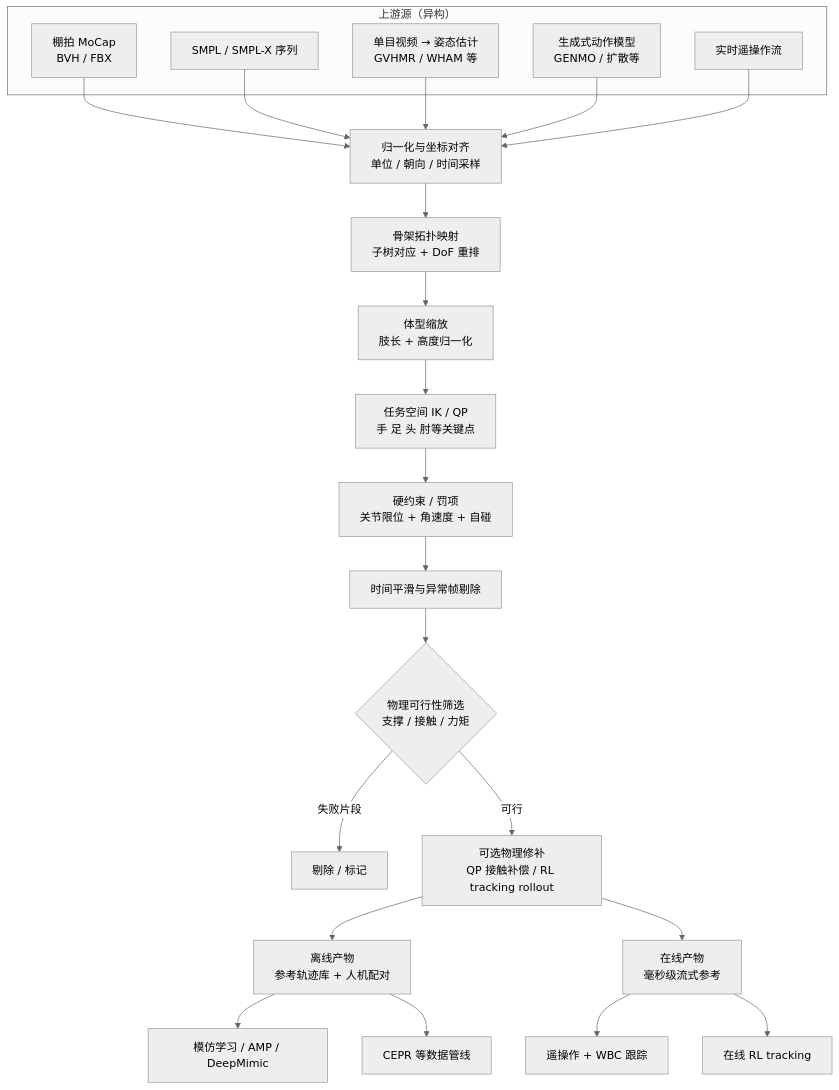
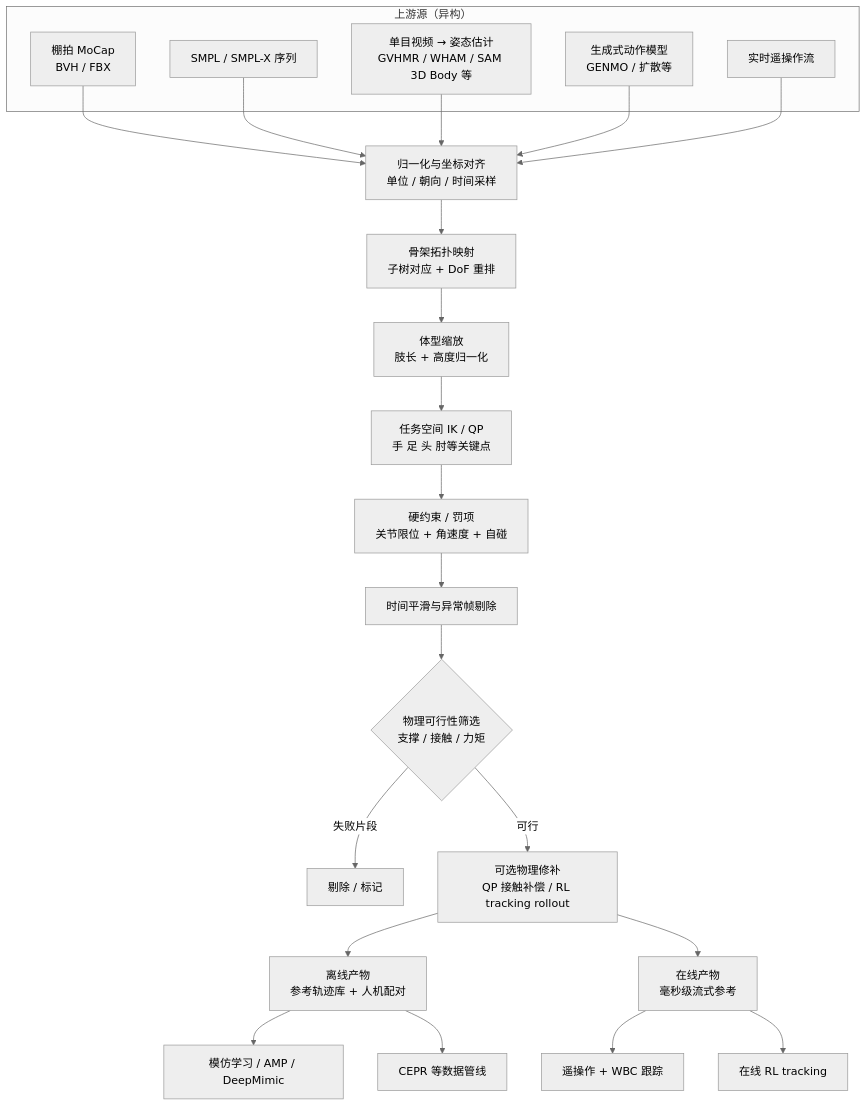
One commit to ImChong/Robotics_Notebooks changed the diagram in wiki/concepts/motion-retargeting-pipeline.md. Above: the diagram before and after it, drawn with Mermaid (neutral theme). The commit also changed other lines of this file and 25 other files, not shown here.

Commit message:
[2026-05-30] ingest | sources/papers/sam_3d_body_arxiv_2602_15989.md、sources/repos/sam-3d-body.md、sources/repos/sam3dbody-cpp.md — SAM 3D Body（MHR 全身 HMR）与 SAM3DBody-cpp 工程运行时入库

````diff
--- a/wiki/concepts/motion-retargeting-pipeline.md
+++ b/wiki/concepts/motion-retargeting-pipeline.md
@@ -47,34 +49,34 @@
 ```mermaid
 flowchart TD
   subgraph src["上游源（异构）"]
     A1[棚拍 MoCap<br/>BVH / FBX]
     A2[SMPL / SMPL-X 序列]
-    A3[单目视频 → 姿态估计<br/>GVHMR / WHAM 等]
+    A3[单目视频 → 姿态估计<br/>GVHMR / WHAM / SAM 3D Body 等]
     A4[生成式动作模型<br/>GENMO / 扩散等]
     A5[实时遥操作流]
   end
 
   A1 --> N[归一化与坐标对齐<br/>单位 / 朝向 / 时间采样]
   A2 --> N
   A3 --> N
   A4 --> N
   A5 --> N
 
   N --> T[骨架拓扑映射<br/>子树对应 + DoF 重排]
   T --> S[体型缩放<br/>肢长 + 高度归一化]
   S --> IK[任务空间 IK / QP<br/>手 足 头 肘等关键点]
   IK --> C[硬约束 / 罚项<br/>关节限位 + 角速度 + 自碰]
   C --> Smooth[时间平滑与异常帧剔除]
 
   Smooth --> Phys{物理可行性筛选<br/>支撑 / 接触 / 力矩}
   Phys -->|失败片段| Drop[剔除 / 标记]
   Phys -->|可行| Refine[可选物理修补<br/>QP 接触补偿 / RL tracking rollout]
 
   Refine --> Out1[离线产物<br/>参考轨迹库 + 人机配对]
   Refine --> Out2[在线产物<br/>毫秒级流式参考]
 
   Out1 --> D1[模仿学习 / AMP / DeepMimic]
   Out1 --> D2[CEPR 等数据管线]
   Out2 --> D3[遥操作 + WBC 跟踪]
   Out2 --> D4[在线 RL tracking]
 ```
````
